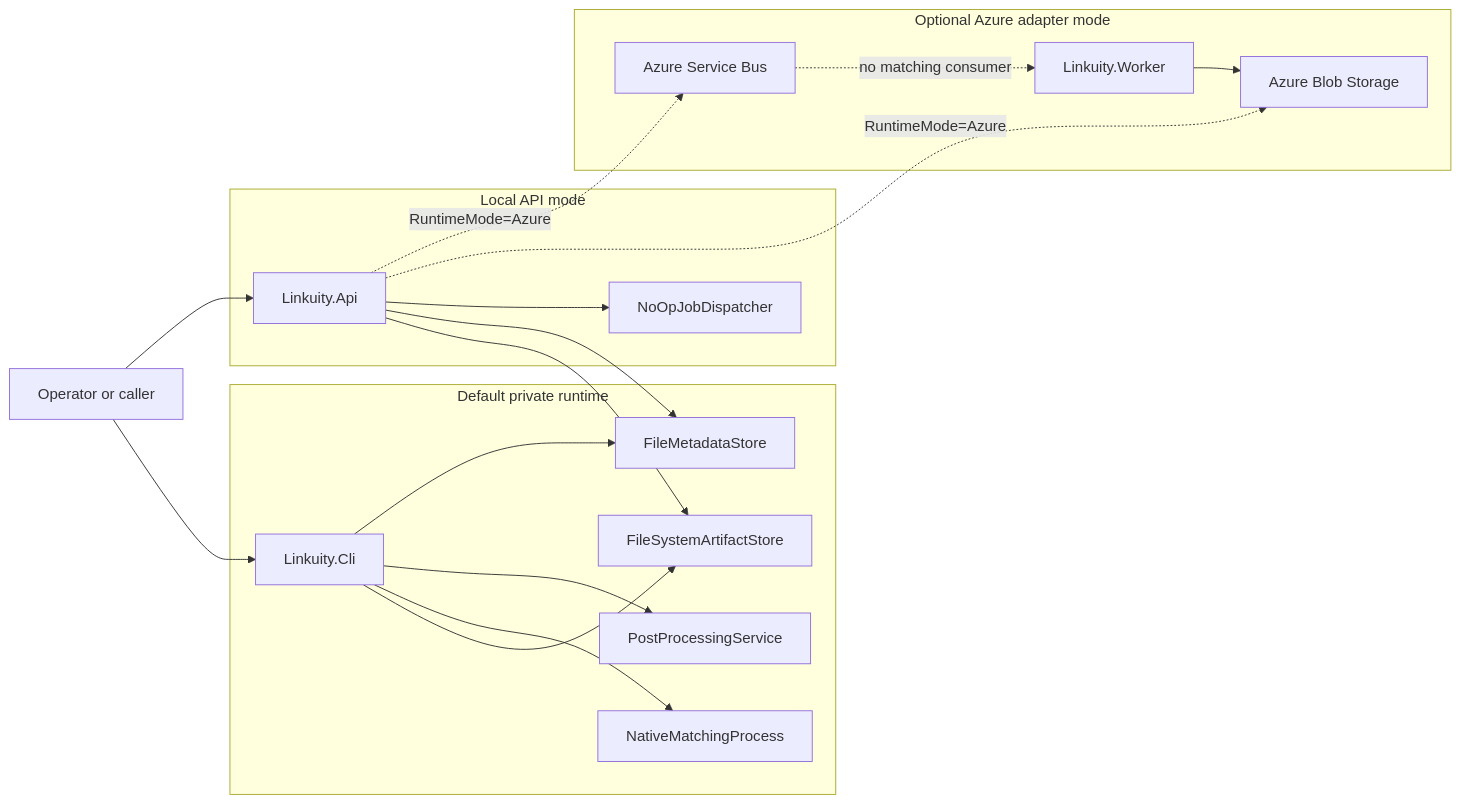
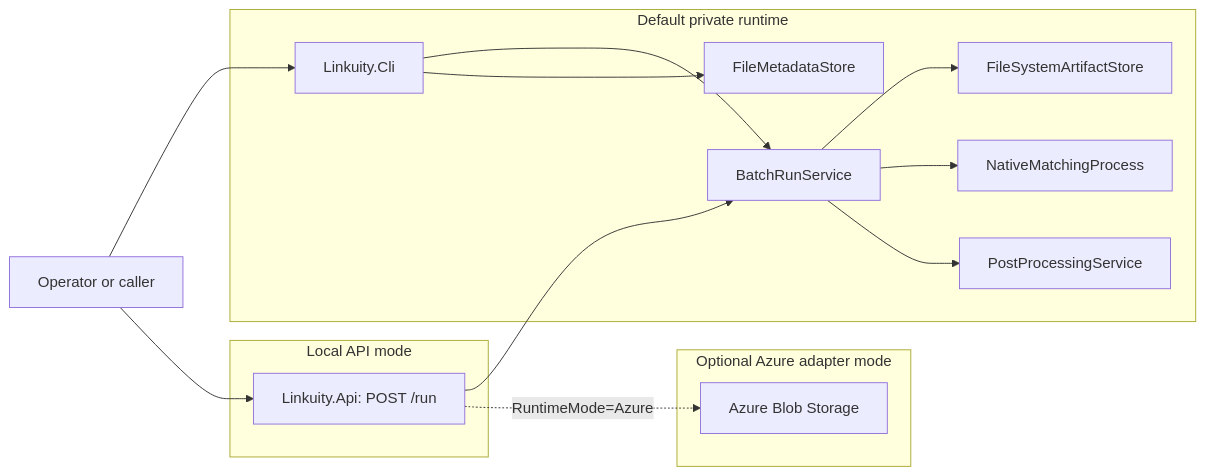
One commit to linkuity/linkuity changed the first of 5 diagrams in docs/architecture.md. Above: the diagram before and after it, drawn with Mermaid. The commit also changed other lines of this file and 4 other files, not shown here.

Commit message:
docs: describe synchronous POST /run API; remove retired job/worker/queue docs

````diff
--- a/docs/architecture.md
+++ b/docs/architecture.md
@@ -21,39 +22,33 @@
 ```mermaid
 flowchart LR
     User[Operator or caller]
 
     subgraph Local["Default private runtime"]
         CLI[Linkuity.Cli]
         LocalArtifacts[FileSystemArtifactStore]
         LocalMetadata[FileMetadataStore]
+        BatchRun[BatchRunService]
         NativeMatching[NativeMatchingProcess]
         PostProcessing[PostProcessingService]
     end
 
     subgraph ApiLocal["Local API mode"]
-        API[Linkuity.Api]
-        NoOpDispatch[NoOpJobDispatcher]
+        API[Linkuity.Api: POST /run]
     end
 
     subgraph Azure["Optional Azure adapter mode"]
         AzureBlob[Azure Blob Storage]
-        ServiceBus[Azure Service Bus]
-        DotnetWorker[Linkuity.Worker]
     end
 
     User --> CLI
-    CLI --> LocalArtifacts
-    CLI --> NativeMatching
-    CLI --> PostProcessing
+    CLI --> BatchRun
+    User --> API
+    API --> BatchRun
+
+    BatchRun --> LocalArtifacts
+    BatchRun --> NativeMatching
+    BatchRun --> PostProcessing
     CLI --> LocalMetadata
 
-    User --> API
-    API --> LocalArtifacts
-    API --> LocalMetadata
-    API --> NoOpDispatch
-
     API -. RuntimeMode=Azure .-> AzureBlob
-    API -. RuntimeMode=Azure .-> ServiceBus
-    ServiceBus -. "no matching consumer" .-> DotnetWorker
-    DotnetWorker --> AzureBlob
 ```
````
